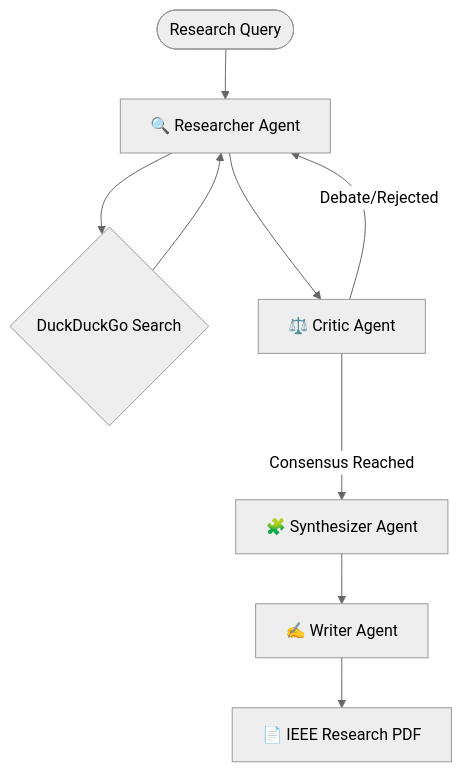
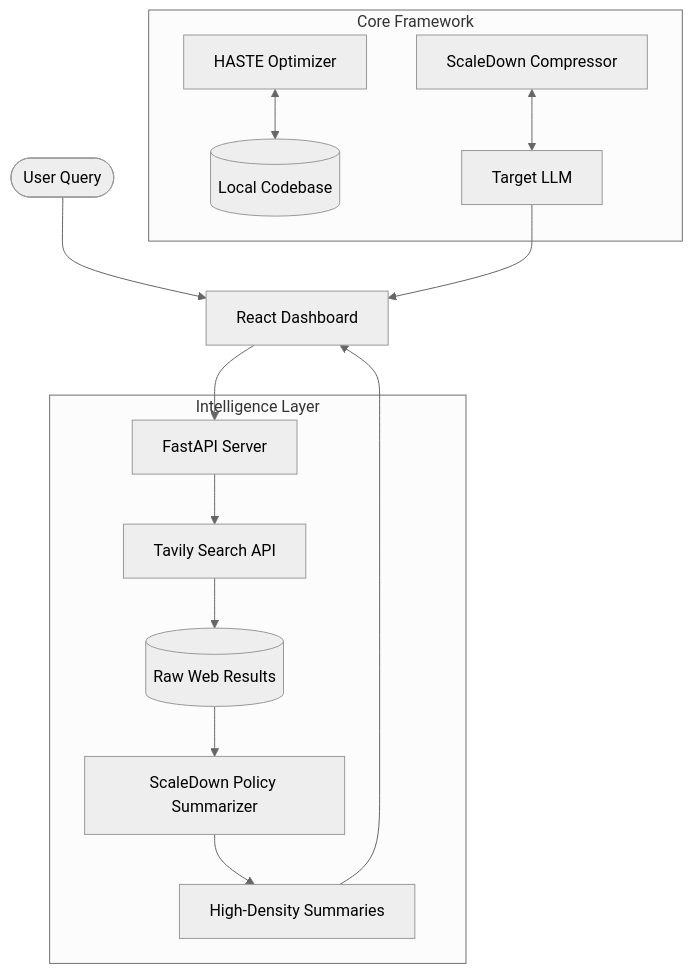
One commit to jituchoudhary367/scaledown-policy-dashboard changed the diagram in README.md. Above: the diagram before and after it, drawn with Mermaid (neutral theme). The commit also changed other lines of this file, not shown here.

Commit message:
docs: improve README with detailed ScaleDown context, architecture, and results

````diff
--- a/README.md
+++ b/README.md
@@ -25,13 +60,20 @@
 ```mermaid
 graph TD
-    User([Research Query]) --> Researcher[🔍 Researcher Agent]
-    Researcher --> Search{DuckDuckGo Search}
-    Search --> Researcher
-    Researcher --> Critic[⚖️ Critic Agent]
-    
-    Critic -- "Debate/Rejected" --> Researcher
-    Critic -- "Consensus Reached" --> Synthesizer[🧩 Synthesizer Agent]
-    
-    Synthesizer --> Writer[✍️ Writer Agent]
-    Writer --> Output[📄 IEEE Research PDF]
+    User([User Query]) --> Frontend[React Dashboard]
+    Frontend --> Backend[FastAPI Server]
+  
+    subgraph "Intelligence Layer"
+        Backend --> Search[Tavily Search API]
+        Search --> RawData[(Raw Web Results)]
+        RawData --> SD_Comp[ScaleDown Policy Summarizer]
+        SD_Comp --> DenseData[High-Density Summaries]
+    end
+  
+    subgraph "Core Framework"
+        HASTE[HASTE Optimizer] <--> Codebase[(Local Codebase)]
+        Compressor[ScaleDown Compressor] <--> LLM[Target LLM]
+    end
+  
+    DenseData --> Frontend
+    LLM --> Frontend
 ```
````
